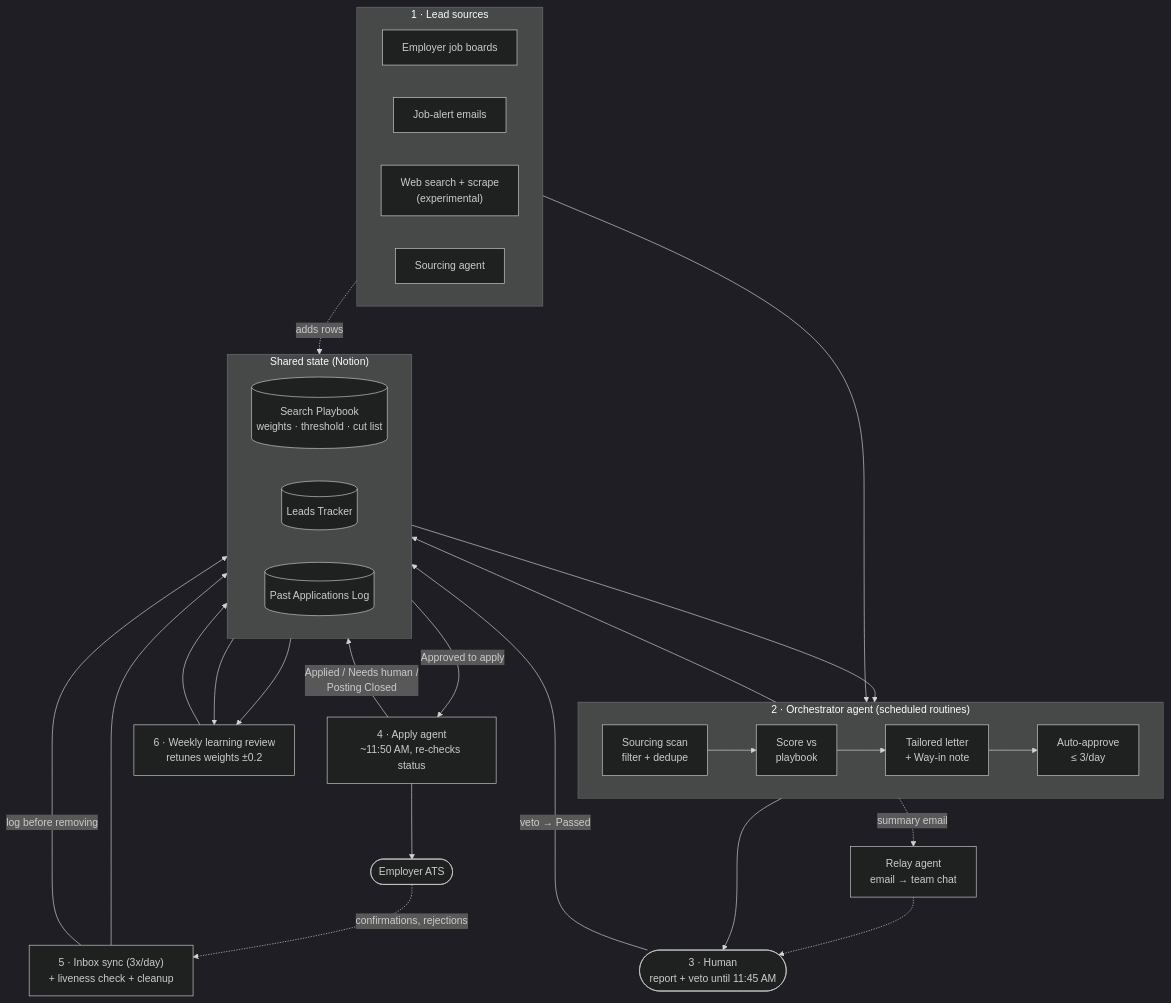
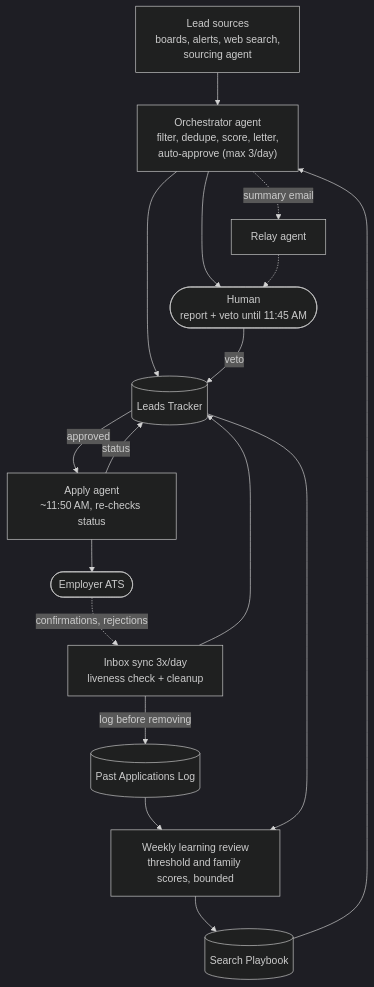
One commit to Kasloco/job-agent-case-study changed the diagram in docs/diagrams/system-overview.mmd. Above: the diagram before and after it, drawn with Mermaid (dark theme). The commit also changed 10 other files, not shown here.

First line of the commit message:
Address audit findings: threat model, approval wording, diagrams, cleanup

```diff
--- a/docs/diagrams/system-overview.mmd
+++ b/docs/diagrams/system-overview.mmd
@@ -1,44 +1,16 @@
 flowchart TB
-    subgraph SRC["1 · Lead sources"]
-        direction LR
-        JB["Employer job boards"]
-        GA["Job-alert emails"]
-        FC["Web search + scrape<br/>(experimental)"]
-        SA["Sourcing agent"]
-    end
-
-    subgraph ORC["2 · Orchestrator agent (scheduled routines)"]
-        direction LR
-        SCAN["Sourcing scan<br/>filter + dedupe"] --> SCORE["Score vs<br/>playbook"] --> LETTER["Tailored letter<br/>+ Way-in note"] --> AUTO["Auto-approve<br/>≤ 3/day"]
-    end
-
-    subgraph STATE["Shared state (Notion)"]
-        direction LR
-        PB[("Search Playbook<br/>weights · threshold · cut list")]
-        LT[("Leads Tracker")]
-        PAL[("Past Applications Log")]
-    end
-
-    HUMAN(["3 · Human<br/>report + veto until 11:45 AM"])
-    APPLY["4 · Apply agent<br/>~11:50 AM, re-checks status"]
-    EMP(["Employer ATS"])
-    SYNC["5 · Inbox sync (3x/day)<br/>+ liveness check + cleanup"]
-    LEARN["6 · Weekly learning review<br/>retunes weights ±0.2"]
-    RELAY["Relay agent<br/>email → team chat"]
-
-    SRC --> SCAN
-    SA -. adds rows .-> LT
-    PB --> SCORE
-    AUTO --> LT
-    AUTO --> HUMAN
-    ORC -. summary email .-> RELAY -.-> HUMAN
-    HUMAN -- "veto → Passed" --> LT
-    LT -- "Approved to apply" --> APPLY
-    APPLY --> EMP
-    APPLY -- "Applied / Needs human /<br/>Posting Closed" --> LT
-    EMP -. confirmations, rejections .-> SYNC
+    SRC["Lead sources<br/>boards, alerts, web search,<br/>sourcing agent"] --> ORC["Orchestrator agent<br/>filter, dedupe, score, letter,<br/>auto-approve (max 3/day)"]
+    PB[("Search Playbook")] --> ORC
+    ORC --> LT[("Leads Tracker")]
+    ORC --> HUMAN(["Human<br/>report + veto until 11:45 AM"])
+    ORC -. summary email .-> RELAY["Relay agent"] -.-> HUMAN
+    HUMAN -- "veto" --> LT
+    LT -- "approved" --> APPLY["Apply agent<br/>~11:50 AM, re-checks status"]
+    APPLY --> EMP(["Employer ATS"])
+    APPLY -- "status" --> LT
+    EMP -. "confirmations, rejections" .-> SYNC["Inbox sync 3x/day<br/>liveness check + cleanup"]
     SYNC --> LT
-    SYNC -- "log before removing" --> PAL
-    PAL --> LEARN
+    SYNC -- "log before removing" --> PAL[("Past Applications Log")]
+    PAL --> LEARN["Weekly learning review<br/>threshold and family scores, bounded"]
     LT --> LEARN
     LEARN --> PB
```
